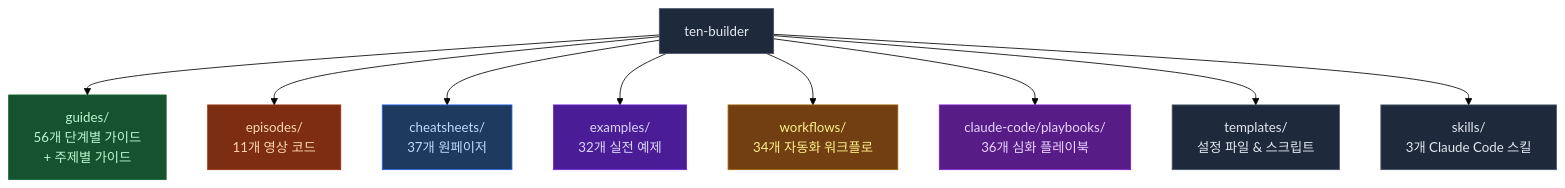
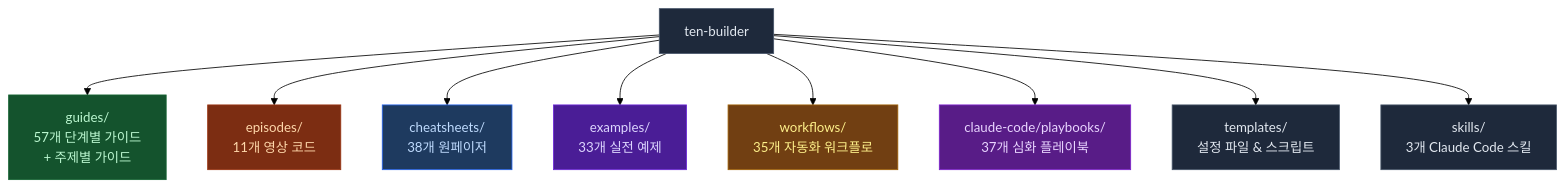
One commit to ten-builder/ten-builder changed the first of 2 diagrams in README.md. Above: the diagram before and after it, drawn with Mermaid (forest theme). The commit also changed other lines of this file, not shown here.

Commit message:
docs: README sync -- add example cli-chatbot, playbook 43, update counts

````diff
--- a/README.md
+++ b/README.md
@@ -23,21 +23,21 @@
 ```mermaid
 flowchart TD
-    R["ten-builder"] --> G["guides/\n56개 단계별 가이드\n+ 주제별 가이드"]
+    R["ten-builder"] --> G["guides/\n57개 단계별 가이드\n+ 주제별 가이드"]
     R --> E["episodes/\n11개 영상 코드"]
-    R --> C["cheatsheets/\n37개 원페이저"]
-    R --> EX["examples/\n32개 실전 예제"]
-    R --> W["workflows/\n34개 자동화 워크플로"]
-    R --> P["claude-code/playbooks/\n36개 심화 플레이북"]
+    R --> C["cheatsheets/\n38개 원페이저"]
+    R --> EX["examples/\n33개 실전 예제"]
+    R --> W["workflows/\n35개 자동화 워크플로"]
+    R --> P["claude-code/playbooks/\n37개 심화 플레이북"]
     R --> T["templates/\n설정 파일 & 스크립트"]
     R --> S["skills/\n3개 Claude Code 스킬"]
 
     style R fill:#1e293b,stroke:#475569,color:#e2e8f0
     style G fill:#14532d,stroke:#166534,color:#bbf7d0
     style E fill:#7c2d12,stroke:#9a3412,color:#fed7aa
     style C fill:#1e3a5f,stroke:#2563eb,color:#bfdbfe
     style EX fill:#4a1d96,stroke:#6d28d9,color:#ddd6fe
     style W fill:#713f12,stroke:#a16207,color:#fef08a
     style P fill:#581c87,stroke:#7e22ce,color:#e9d5ff
     style T fill:#1e293b,stroke:#475569,color:#e2e8f0
     style S fill:#1e293b,stroke:#475569,color:#e2e8f0
 ```
````
